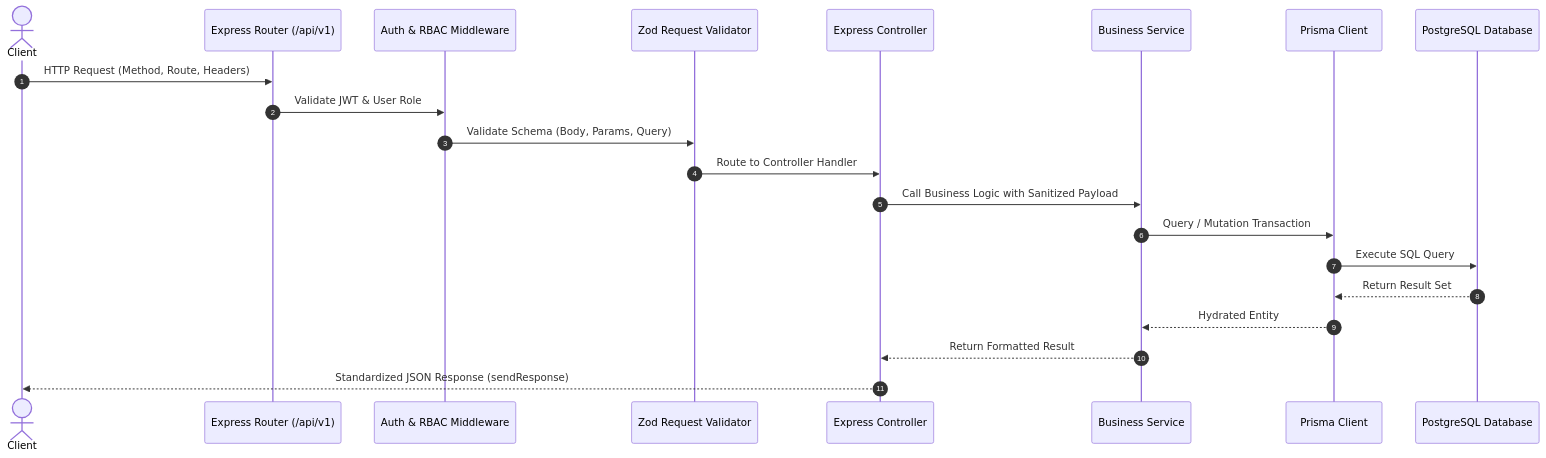
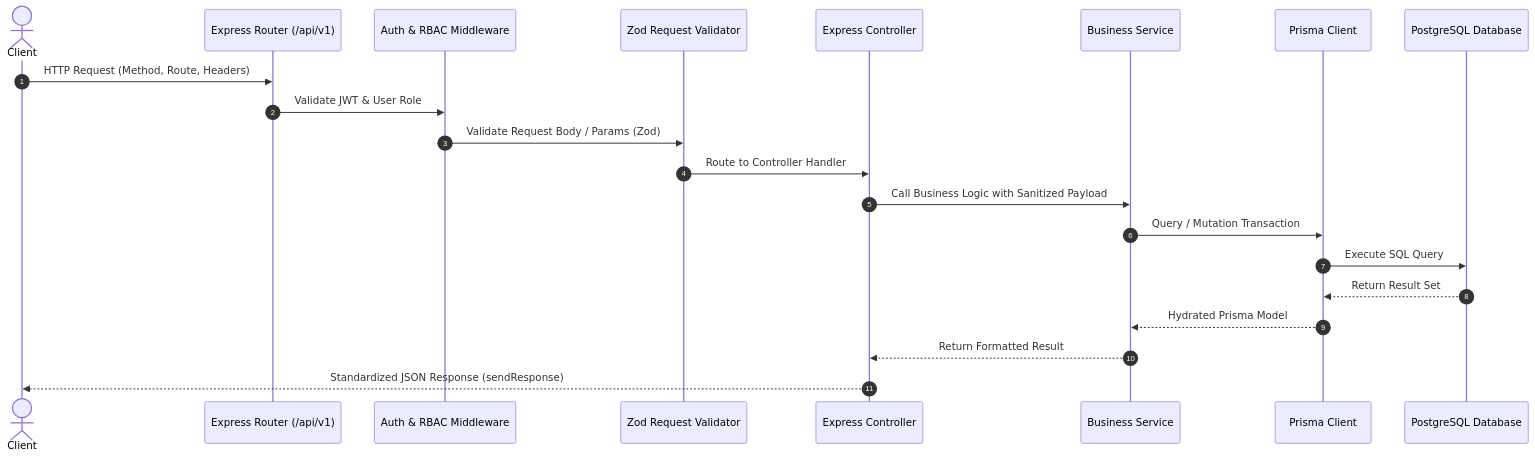
Before and after one commit to emonhassan83/medico: the second of 4 diagrams in docs/ARCHITECTURE.md, drawn with Mermaid. The commit also changed other lines of this file and 1 other file, not shown here.

Commit message:
docs: add API guidelines and system architecture documentation

````diff
--- a/docs/ARCHITECTURE.md
+++ b/docs/ARCHITECTURE.md
@@ -31,24 +29,24 @@
 ```mermaid
 sequenceDiagram
     autonumber
     actor Client
     participant Router as Express Router (/api/v1)
     participant Auth as Auth & RBAC Middleware
     participant Validator as Zod Request Validator
     participant Controller as Express Controller
     participant Service as Business Service
     participant Prisma as Prisma Client
     participant DB as PostgreSQL Database
 
     Client->>Router: HTTP Request (Method, Route, Headers)
     Router->>Auth: Validate JWT & User Role
-    Auth->>Validator: Validate Schema (Body, Params, Query)
+    Auth->>Validator: Validate Request Body / Params (Zod)
     Validator->>Controller: Route to Controller Handler
     Controller->>Service: Call Business Logic with Sanitized Payload
     Service->>Prisma: Query / Mutation Transaction
     Prisma->>DB: Execute SQL Query
     DB-->>Prisma: Return Result Set
-    Prisma-->>Service: Hydrated Entity
+    Prisma-->>Service: Hydrated Prisma Model
     Service-->>Controller: Return Formatted Result
     Controller-->>Client: Standardized JSON Response (sendResponse)
 ```
````
